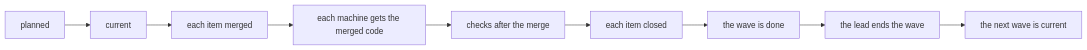
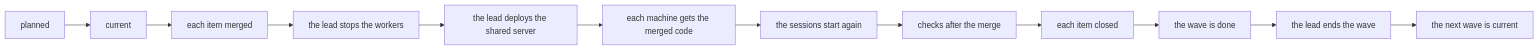
The second of 3 diagrams in docs/src/waves.md (como-technologies/riff), drawn with Mermaid before and after one commit. The commit also changed other lines of this file and 9 other files, not shown here.

First line of the commit message:
Deploy the shared server at the end of a wave, not on each merge (#163)

````diff
--- a/docs/src/waves.md
+++ b/docs/src/waves.md
@@ -43,11 +43,14 @@
 ```mermaid
 flowchart LR
     P[planned] --> C[current]
     C --> M[each item merged]
-    M --> U[each machine gets the merged code]
-    U --> K[checks after the merge]
+    M --> S[the lead stops the workers]
+    S --> P2[the lead deploys the shared server]
+    P2 --> U[each machine gets the merged code]
+    U --> R[the sessions start again]
+    R --> K[checks after the merge]
     K --> X[each item closed]
     X --> D[the wave is done]
     D --> E[the lead ends the wave]
     E --> N[the next wave is current]
 ```
````
